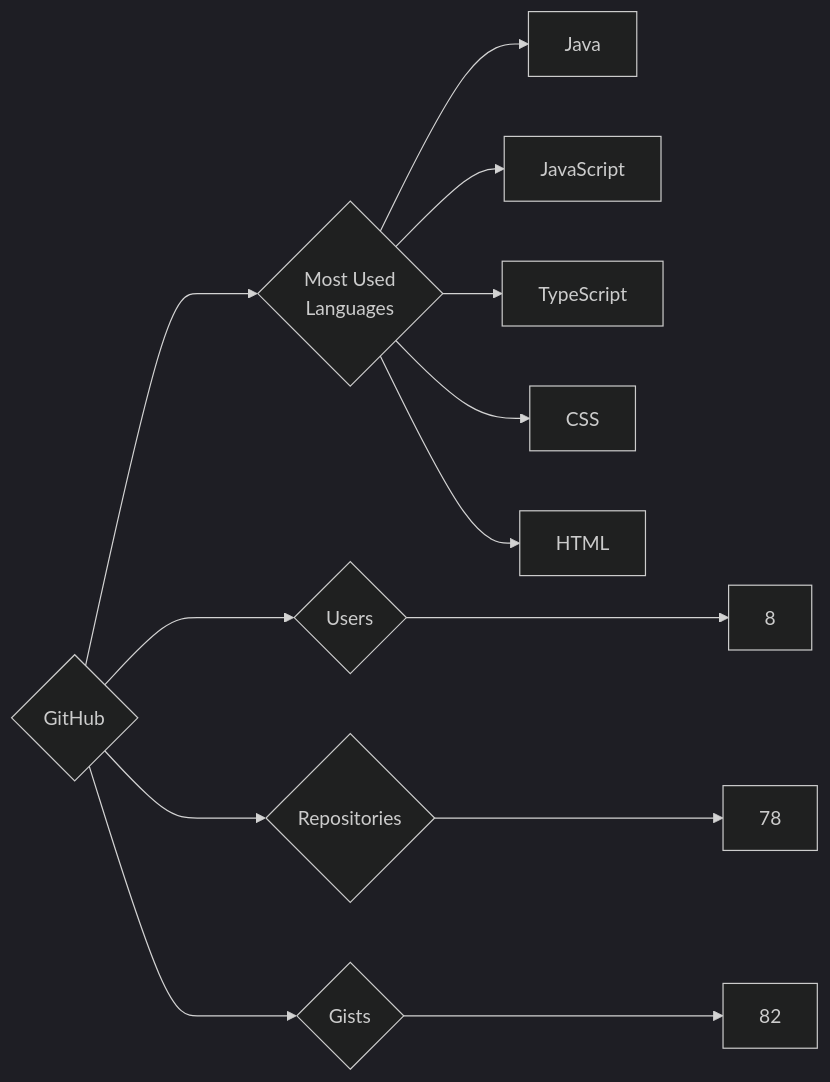
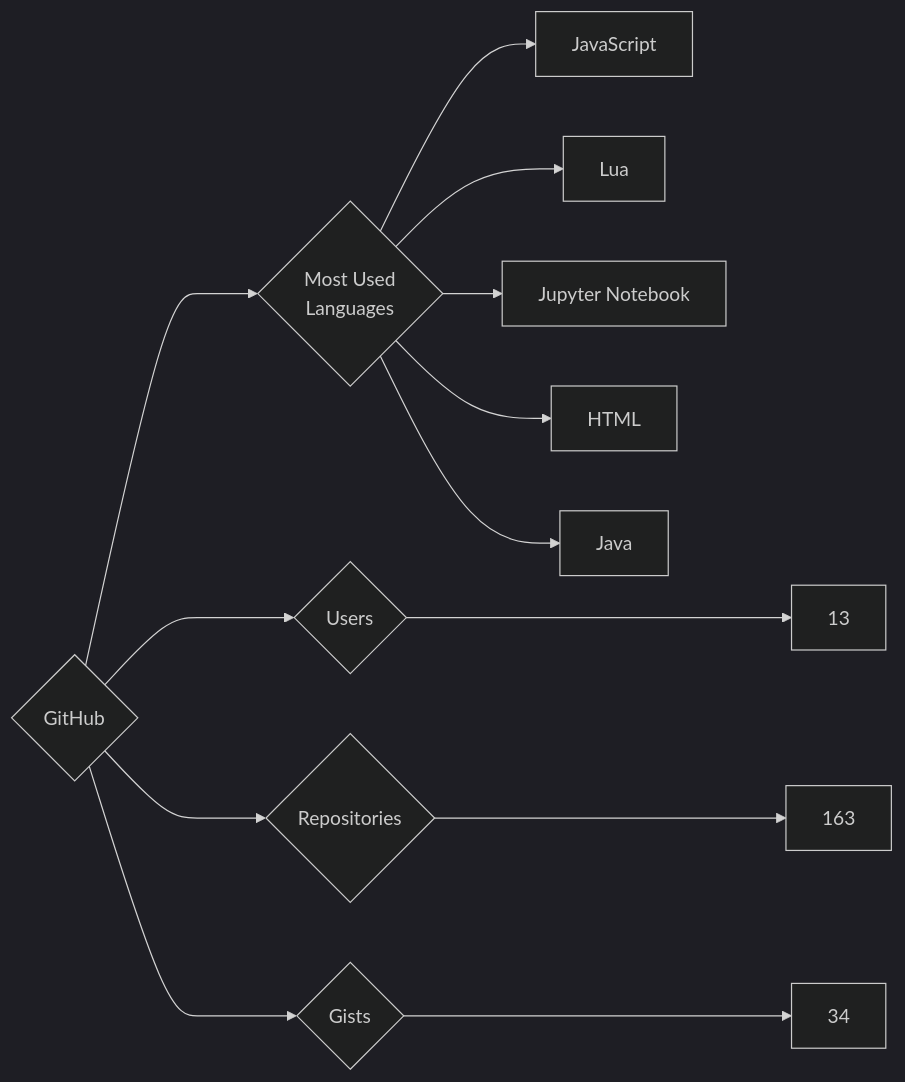
One commit to trickest/insiders changed the diagram in targets/GitHub/README.md. Above: the diagram before and after it, drawn with Mermaid (dark theme). The commit also changed 1166 other files, not shown here.

````diff
--- a/targets/GitHub/README.md
+++ b/targets/GitHub/README.md
@@ -3,13 +3,13 @@
 ```mermaid
 graph LR
 COMPANY_NAME{GitHub}
-COMPANY_NAME ---> U{Users} ---> UN[8]
-COMPANY_NAME ---> R{Repositories} ---> RN[78]
-COMPANY_NAME ---> G{Gists} ---> GN[82]
+COMPANY_NAME ---> U{Users} ---> UN[13]
+COMPANY_NAME ---> R{Repositories} ---> RN[163]
+COMPANY_NAME ---> G{Gists} ---> GN[34]
 COMPANY_NAME ---> ML{Most Used<br>Languages}
+ML --> JavaScript[JavaScript]
+ML --> Lua[Lua]
+ML --> Jupyter_Notebook[Jupyter Notebook]
+ML --> HTML[HTML]
 ML --> Java[Java]
-ML --> JavaScript[JavaScript]
-ML --> TypeScript[TypeScript]
-ML --> CSS[CSS]
-ML --> HTML[HTML]
 ```
````
